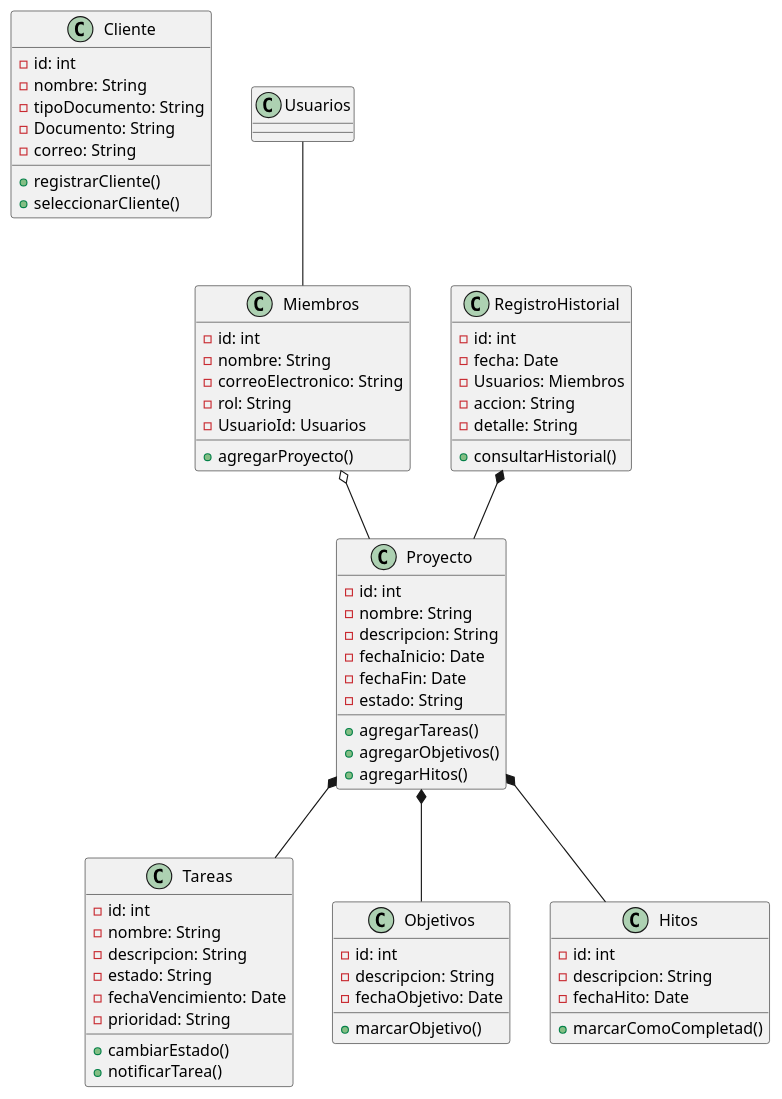
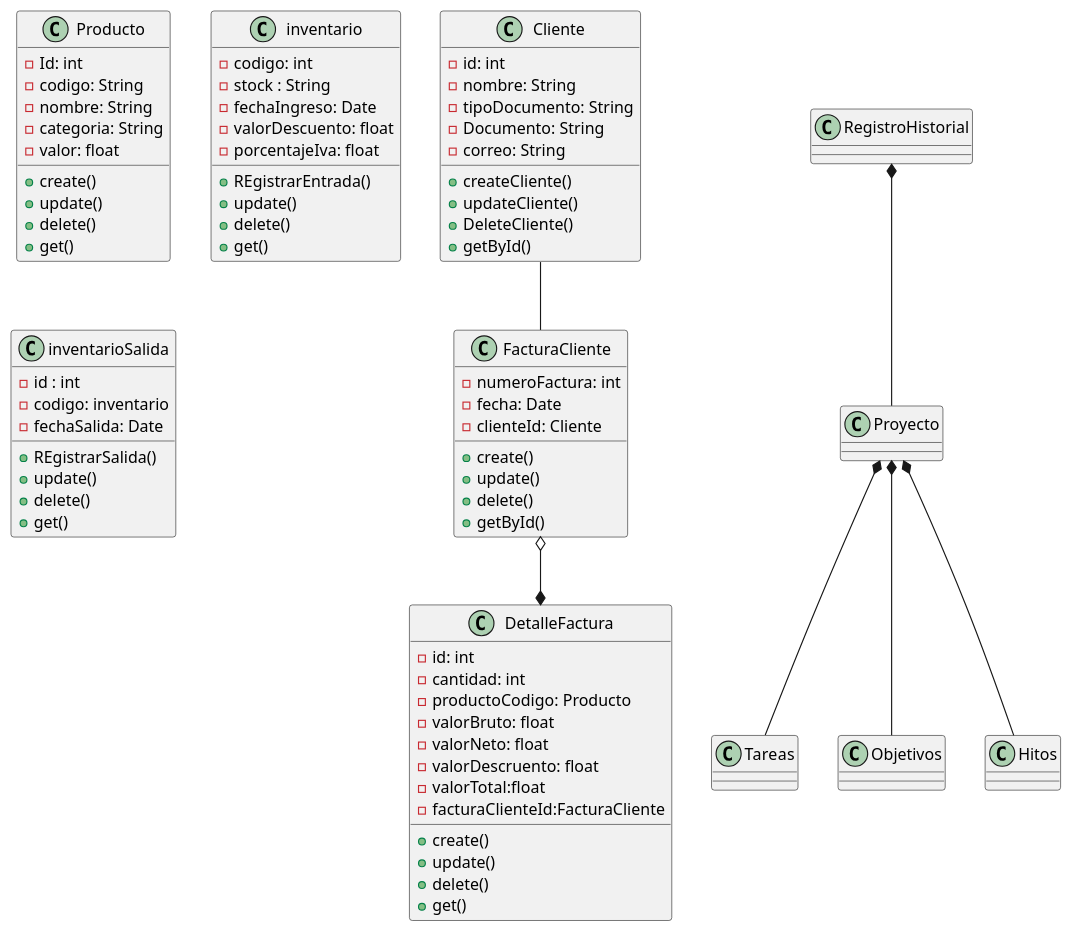
Before and after one commit to pilo77/Parcial_Analisis_sistemas_carlosVillamil: the diagram in Clases.wsd, drawn with PlantUML.

Commit message:
agregando cambios

```diff
--- a/Clases.wsd
+++ b/Clases.wsd
@@ -1,84 +1,95 @@
 @startuml Diagrama de Clases
 
 
 class Cliente {
-    - id: int
-    - nombre: String
-    - tipoDocumento: String
-    - Documento: String
-    - correo: String
-    
-    + registrarCliente()
-    + seleccionarCliente()
+  - id: int
+  - nombre: String
+  - tipoDocumento: String
+  - Documento: String
+  - correo: String
+
+  + createCliente()
+  + updateCliente()
+  + DeleteCliente()
+  + getById()
 }
 
-class Proyecto {
-  - id: int
-  - nombre: String
-  - descripcion: String
-  - fechaInicio: Date
-  - fechaFin: Date
-  - estado: String
+class FacturaCliente {
+  - numeroFactura: int
+  - fecha: Date
+  - clienteId: Cliente
 
-  + agregarTareas()
-  + agregarObjetivos()
-  + agregarHitos()
+  + create()
+  + update()
+  + delete()
+  + getById()
 }
 
-class Miembros {
+class DetalleFactura {
   - id: int
-  - nombre: String
-  - correoElectronico: String
-  - rol: String
-  - UsuarioId: Usuarios
-
-  + agregarProyecto()
+  - cantidad: int
+  - productoCodigo: Producto
+  - valorBruto: float
+  - valorNeto: float
+  - valorDescruento: float
+  - valorTotal:float
+  - facturaClienteId:FacturaCliente
+  + create()
+  + update()
+  + delete()
+  + get()
 }
 
-class Tareas {
-  - id: int
+class Producto {
+  - Id: int
+  - codigo: String
   - nombre: String
-  - descripcion: String
-  - estado: String
-  - fechaVencimiento: Date
-  - prioridad: String
-
-  + cambiarEstado()
-  + notificarTarea()
+  - categoria: String
+  - valor: float
+  
+  + create()
+  + update()
+  + delete()
+  + get()
 }
 
-class Objetivos {
-  - id: int
-  - descripcion: String
-  - fechaObjetivo: Date
 
-  + marcarObjetivo()
+class inventario {
+  - codigo: int
+  - stock : String
+  - fechaIngreso: Date
+  - valorDescuento: float
+  -porcentajeIva: float
+
+  + REgistrarEntrada()
+  + update()
+  + delete()
+  + get()
+  
+}
+class inventarioSalida {
+  - id : int
+  - codigo: inventario
+  - fechaSalida: Date
+ 
+
+  + REgistrarSalida()
+  + update()
+  + delete()
+  + get()
+  
 }
 
-class Hitos {
-  - id: int
-  - descripcion: String
-  - fechaHito: Date
 
-  + marcarComoCompletad()
-}
 
-class RegistroHistorial {
-  - id: int
-  - fecha: Date
-  - Usuarios: Miembros
-  - accion: String
-  - detalle: String
 
-  + consultarHistorial()
-}
 
-Usuarios -- Miembros
-Miembros o-- Proyecto
+Cliente -- FacturaCliente
+FacturaCliente o--* DetalleFactura
 Proyecto *-- Tareas
 Proyecto *-- Objetivos
 Proyecto *-- Hitos
 RegistroHistorial *-- Proyecto
 
 
 @enduml
```
